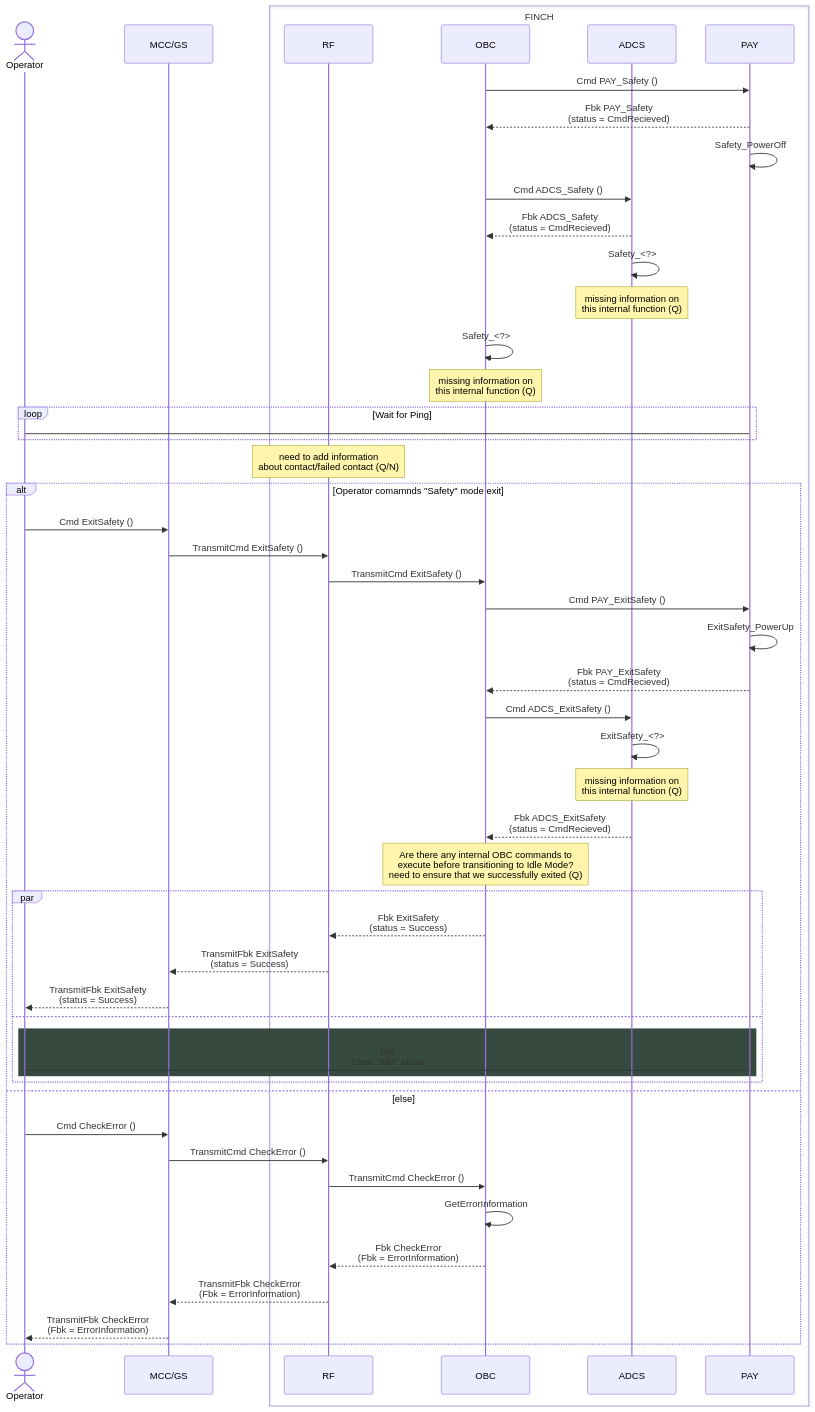
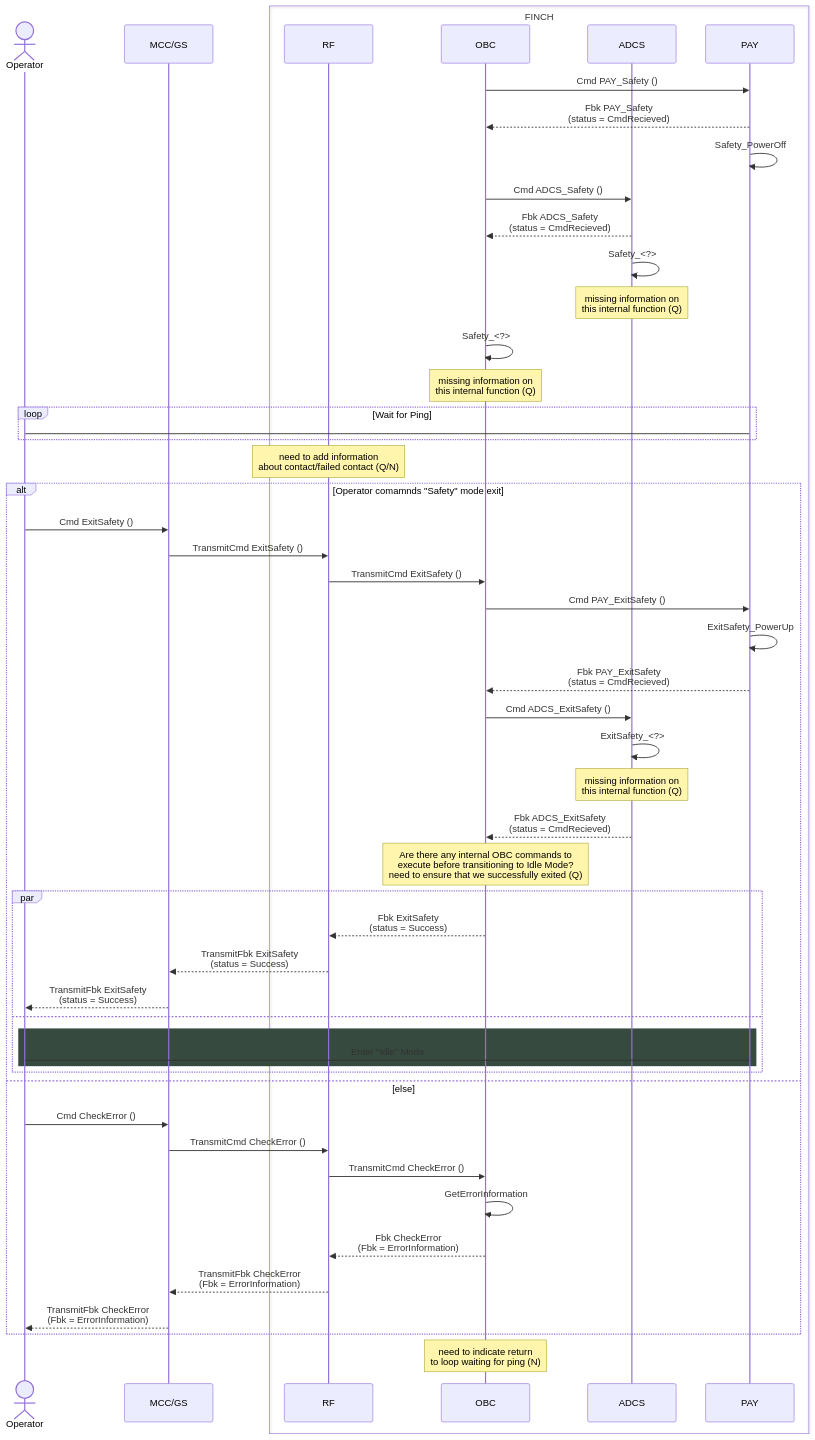
The diagram in command sequences/safety-command.md (Addy-lit/FINCH-system-architecture), drawn with Mermaid before and after one commit.

````diff
--- a/command sequences/safety-command.md
+++ b/command sequences/safety-command.md
@@ -2,64 +2,66 @@
 ```mermaid
 sequenceDiagram
     Actor Operator
     participant MCC/GS
     box FINCH
 	participant RF
     	participant OBC
     	participant ADCS
     	participant PAY
 	end
 
     OBC ->> PAY: Cmd PAY_Safety ()
     PAY -->> OBC: Fbk PAY_Safety <br> (status = CmdRecieved)
     PAY ->> PAY: Safety_PowerOff
   
     OBC ->> ADCS: Cmd ADCS_Safety ()
     ADCS -->> OBC: Fbk ADCS_Safety <br> (status = CmdRecieved)
     ADCS ->> ADCS: Safety_<?>
     note over ADCS: missing information on <br> this internal function (Q)
 
 
     OBC ->> OBC: Safety_<?>
     note over OBC: missing information on <br> this internal function (Q)
 
     loop Wait for Ping
         Operator -> PAY: 
     end
 	
 	note over RF: need to add information <br> about contact/failed contact (Q/N)
 	alt Operator comamnds "Safety" mode exit
-	Operator ->> MCC/GS: Cmd ExitSafety ()
-	MCC/GS ->> RF: TransmitCmd ExitSafety ()
-	RF ->> OBC: TransmitCmd ExitSafety ()
+		Operator ->> MCC/GS: Cmd ExitSafety ()
+		MCC/GS ->> RF: TransmitCmd ExitSafety ()
+		RF ->> OBC: TransmitCmd ExitSafety ()
 
         OBC ->> PAY: Cmd PAY_ExitSafety ()
         PAY ->> PAY: ExitSafety_PowerUp
         PAY -->> OBC: Fbk PAY_ExitSafety <br> (status = CmdRecieved)
   
         OBC ->> ADCS: Cmd ADCS_ExitSafety ()
         ADCS ->> ADCS: ExitSafety_<?>
         note over ADCS: missing information on <br> this internal function (Q)
         ADCS -->> OBC: Fbk ADCS_ExitSafety <br> (status = CmdRecieved)
 
 		note over OBC: Are there any internal OBC commands to <br> execute before transitioning to Idle Mode? <br> need to ensure that we successfully exited (Q)
 
 		par
 			OBC -->> RF: Fbk ExitSafety <br> (status = Success)
 			RF -->> MCC/GS: TransmitFbk ExitSafety <br> (status = Success)
 			MCC/GS -->> Operator: TransmitFbk ExitSafety <br> (status = Success)
 		and
 			rect rgb(54,74,63)
-				Operator -> PAY: Ref <br/> Enter "Idle" Mode
+				Operator -> PAY: Enter "Idle" Mode
 			end
 		end
 	else else
 		Operator ->> MCC/GS: Cmd CheckError ()
 		MCC/GS ->> RF: TransmitCmd CheckError ()
 		RF ->> OBC: TransmitCmd CheckError ()
 		OBC ->> OBC: GetErrorInformation
 		OBC -->> RF: Fbk CheckError <br> (Fbk = ErrorInformation)
 		RF -->> MCC/GS: TransmitFbk CheckError <br> (Fbk = ErrorInformation)
 		MCC/GS -->> Operator: TransmitFbk CheckError <br> (Fbk = ErrorInformation)
 	end
+
+	note over OBC: need to indicate return <br> to loop waiting for ping (N)
 ```
````
